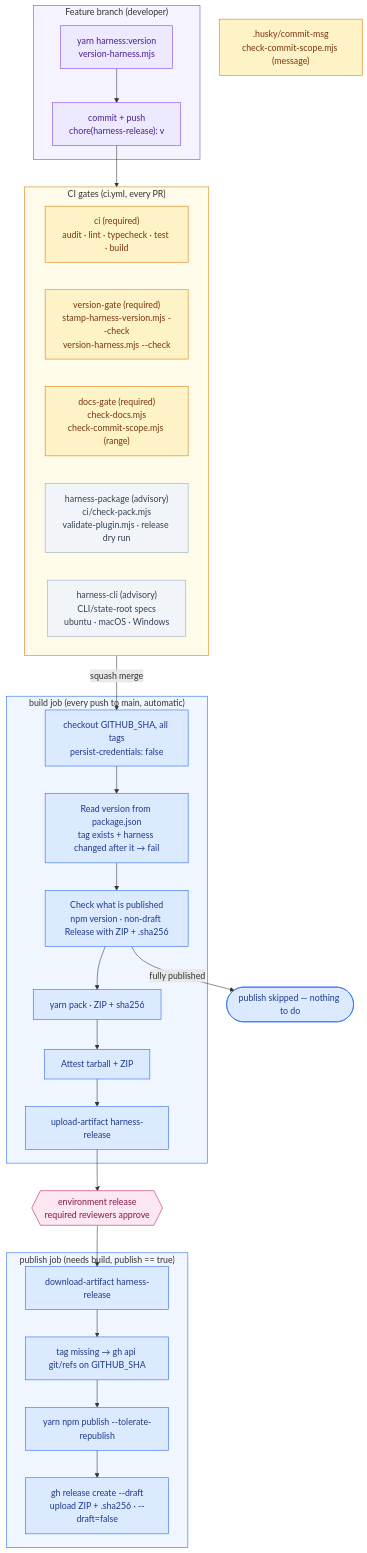
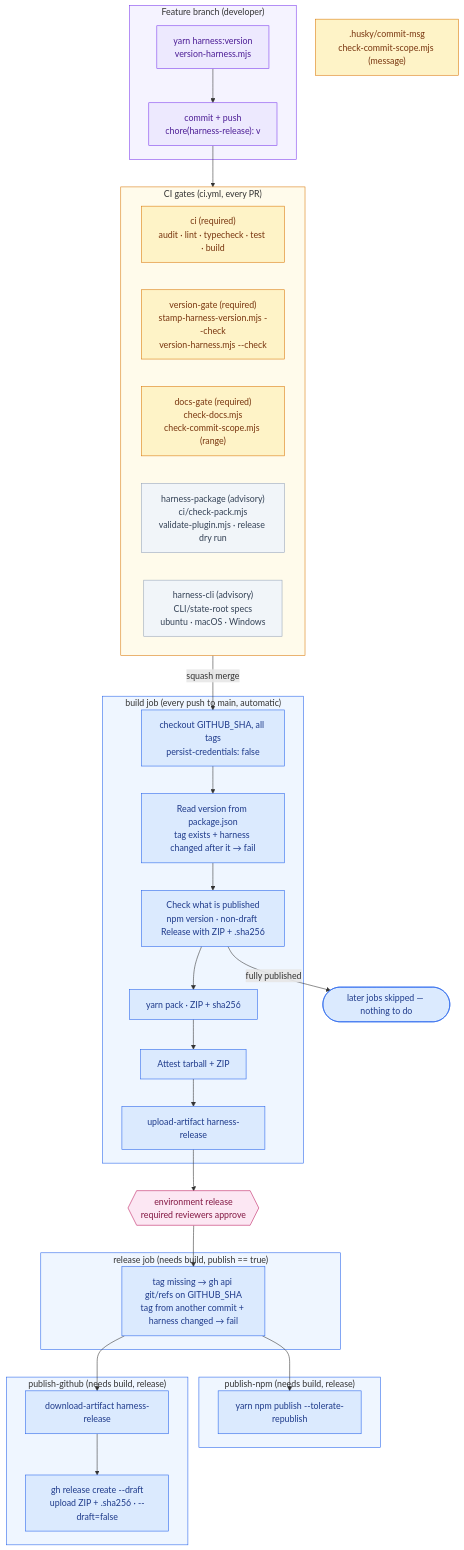
The diagram in docs/System Architecture (LLD)/Harness Release Pipeline/00. Overview.md (DataArt/artisyn-implementation-harness), drawn with Mermaid before and after one commit. The commit also changed other lines of this file and 6 other files, not shown here.

Commit message:
docs(release): name the release, publish-npm and publish-github jobs

````diff
--- a/docs/System Architecture (LLD)/Harness Release Pipeline/00. Overview.md
+++ b/docs/System Architecture (LLD)/Harness Release Pipeline/00. Overview.md
@@ -33,50 +35,60 @@
 ```mermaid
 flowchart TD
     subgraph BRANCH ["  Feature branch (developer)  "]
         HV["yarn harness:version\nversion-harness.mjs"]:::push
         VC["commit + push\nchore(harness-release): v"]:::push
     end
 
     subgraph GATES ["  CI gates (ci.yml, every PR)  "]
         CI["ci (required)\naudit · lint · typecheck · test · build"]:::gate
         VG["version-gate (required)\nstamp-harness-version.mjs --check\nversion-harness.mjs --check"]:::gate
         RG["docs-gate (required)\ncheck-docs.mjs\ncheck-commit-scope.mjs (range)"]:::gate
         HP["harness-package (advisory)\nci/check-pack.mjs\nvalidate-plugin.mjs · release dry run"]:::advisory
         HC["harness-cli (advisory)\nCLI/state-root specs\nubuntu · macOS · Windows"]:::advisory
     end
 
     subgraph BJ ["  build job (every push to main, automatic)  "]
         CO["checkout GITHUB_SHA, all tags\npersist-credentials: false"]:::step
         RV["Read version from package.json\ntag exists + harness changed after it → fail"]:::step
         CK["Check what is published\nnpm version · non-draft Release with ZIP + .sha256"]:::step
         BU["yarn pack · ZIP + sha256"]:::step
         AT["Attest tarball + ZIP"]:::step
         UP["upload-artifact harness-release"]:::step
     end
 
     APP{{"environment release\nrequired reviewers approve"}}:::approval
 
-    subgraph PJ ["  publish job (needs build, publish == true)  "]
+    subgraph RJ ["  release job (needs build, publish == true)  "]
+        TG["tag missing → gh api git/refs on GITHUB_SHA\ntag from another commit + harness changed → fail"]:::step
+    end
+
+    subgraph NJ ["  publish-npm (needs build, release)  "]
+        NP["yarn npm publish --tolerate-republish"]:::step
+    end
+
+    subgraph GJ ["  publish-github (needs build, release)  "]
         DL["download-artifact harness-release"]:::step
-        TG["tag missing → gh api git/refs on GITHUB_SHA"]:::step
-        NP["yarn npm publish --tolerate-republish"]:::step
         GR["gh release create --draft\nupload ZIP + .sha256 · --draft=false"]:::step
     end
 
     HOOK[".husky/commit-msg\ncheck-commit-scope.mjs (message)"]:::gate
 
     HV --> VC --> GATES
     GATES -->|"squash merge"| CO
-    CO --> RV --> CK --> BU --> AT --> UP --> APP --> DL --> TG --> NP --> GR
-    CK -->|"fully published"| DONE(["publish skipped — nothing to do"]):::step
+    CO --> RV --> CK --> BU --> AT --> UP --> APP --> TG
+    TG --> NP
+    TG --> DL --> GR
+    CK -->|"fully published"| DONE(["later jobs skipped — nothing to do"]):::step
 
     classDef gate fill:#FEF3C7,stroke:#D97706,color:#78350f
     classDef advisory fill:#F1F5F9,stroke:#94A3B8,color:#334155
     classDef step fill:#DBEAFE,stroke:#2563EB,color:#1e3a8a
     classDef push fill:#EDE9FE,stroke:#7C3AED,color:#4c1d95
     classDef approval fill:#FCE7F3,stroke:#BE185D,color:#831843
     style BRANCH fill:#F5F3FF,stroke:#7C3AED
     style GATES fill:#FFFBEB,stroke:#D97706
     style BJ fill:#EFF6FF,stroke:#2563EB
-    style PJ fill:#EFF6FF,stroke:#2563EB
+    style RJ fill:#EFF6FF,stroke:#2563EB
+    style NJ fill:#EFF6FF,stroke:#2563EB
+    style GJ fill:#EFF6FF,stroke:#2563EB
 ```
````
